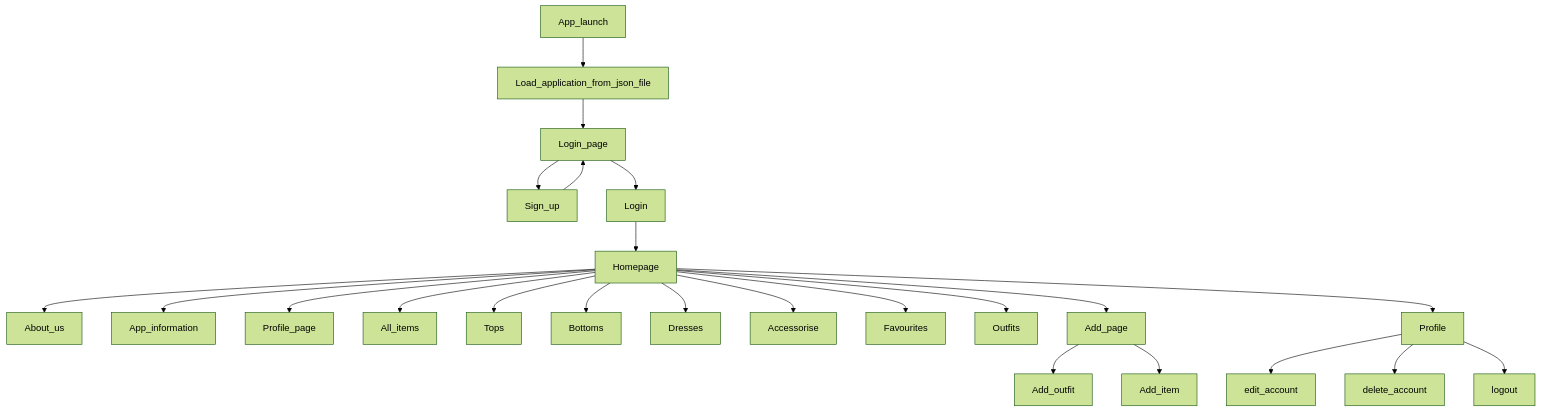
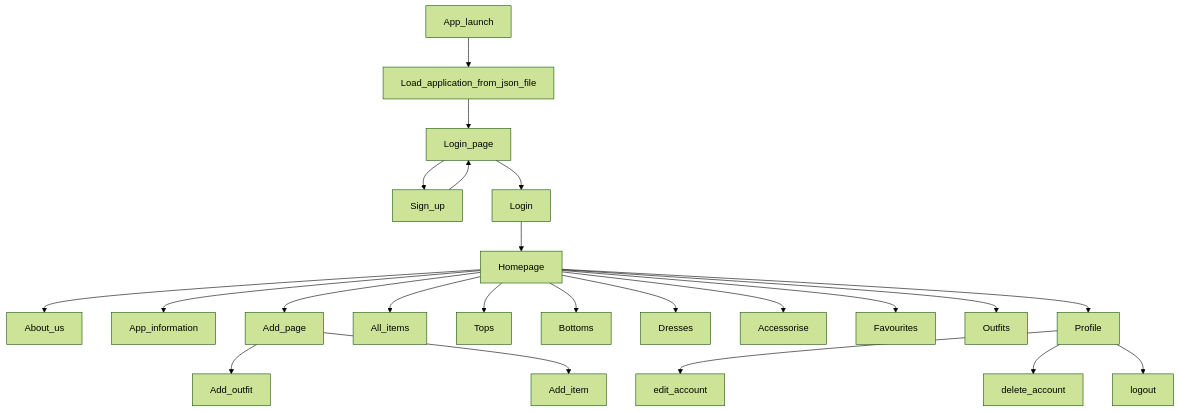
Before and after one commit to IreneAvezzu/test_: the diagram in readme.md, drawn with Mermaid (forest theme).

````diff
--- a/readme.md
+++ b/readme.md
@@ -5,27 +5,26 @@
 ```mermaid
 graph TD;
   App_launch-->Load_application_from_json_file;
   Load_application_from_json_file-->Login_page;
   Login_page-->Sign_up;
   Sign_up-->Login_page;
   Login_page-->Login;
   Login-->Homepage;
   Homepage-->About_us;
   Homepage-->App_information;
-  Homepage-->Profile_page;
+  Homepage-->Add_page;
   Homepage-->All_items;
   Homepage-->Tops;
   Homepage-->Bottoms;
   Homepage-->Dresses;
   Homepage-->Accessorise;
   Homepage-->Favourites;
   Homepage-->Outfits;
-  Homepage-->Add_page;
   Homepage-->Profile;
   
   Add_page-->Add_outfit;
   Add_page-->Add_item;
   Profile-->edit_account;
   Profile-->delete_account;
   Profile-->logout;
 ```
````
